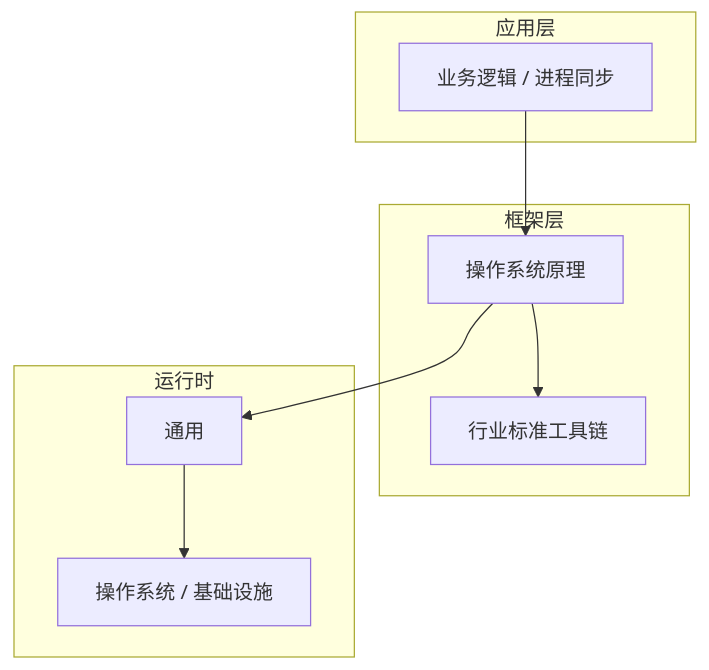
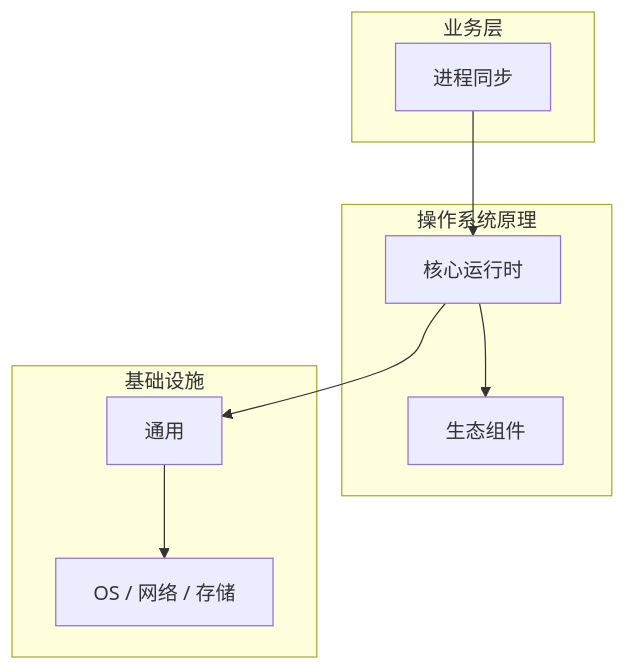
The diagram in articles/操作系统原理/chapters/034-进程同步核心概念与原理.md (yanggan2015/knowledge-json-v2), drawn with Mermaid before and after one commit. The commit also changed other lines of this file and 10127 other files, not shown here.

````diff
--- a/articles/操作系统原理/chapters/034-进程同步核心概念与原理.md
+++ b/articles/操作系统原理/chapters/034-进程同步核心概念与原理.md
@@ -45,18 +34,18 @@
 ```mermaid
 graph TB
-    subgraph 应用层
-        A[业务逻辑 / 进程同步]
+    subgraph 业务层
+        A[进程同步]
     end
-    subgraph 框架层
-        B[操作系统原理]
-        C[行业标准工具链]
+    subgraph 操作系统原理
+        B[核心运行时]
+        C[生态组件]
     end
-    subgraph 运行时
+    subgraph 基础设施
         D[通用]
-        E[操作系统 / 基础设施]
+        E[OS / 网络 / 存储]
     end
     A --> B
     B --> C
     B --> D
     D --> E
 ```
````
